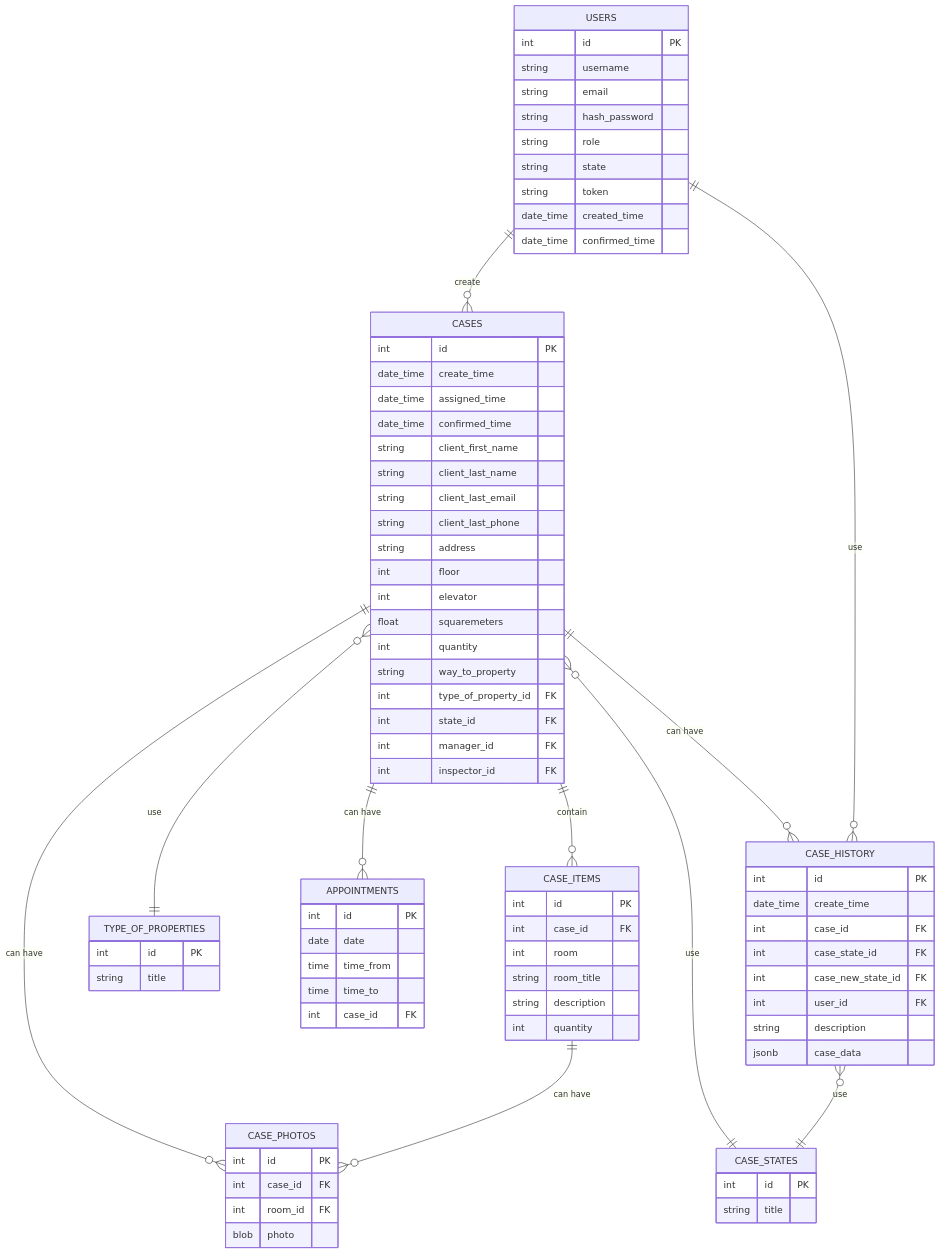
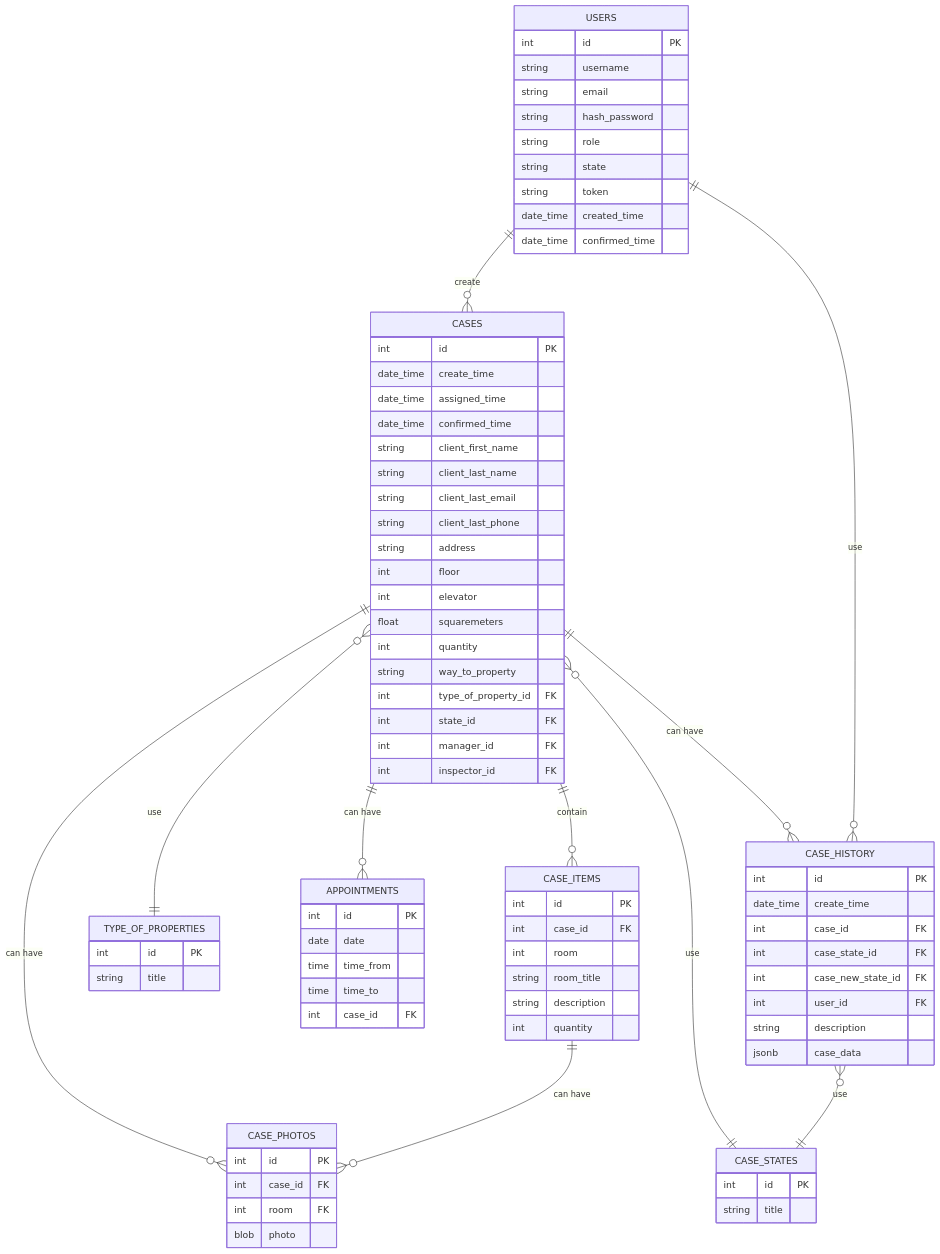
One commit to WildCodeSchool/2022-07-EN-Berlin-Remote1-Project3Planning changed the fourth of 4 diagrams in README.md. Above: the diagram before and after it, drawn with Mermaid.

Commit message:
Changed field name room_id to room in CASE_PHOTOS

```diff
--- a/README.md
+++ b/README.md
@@ -303,7 +303,7 @@
     CASE_PHOTOS{
         int id PK
         int case_id FK
-        int room_id FK
+        int room FK
         blob photo
     }
     
```
